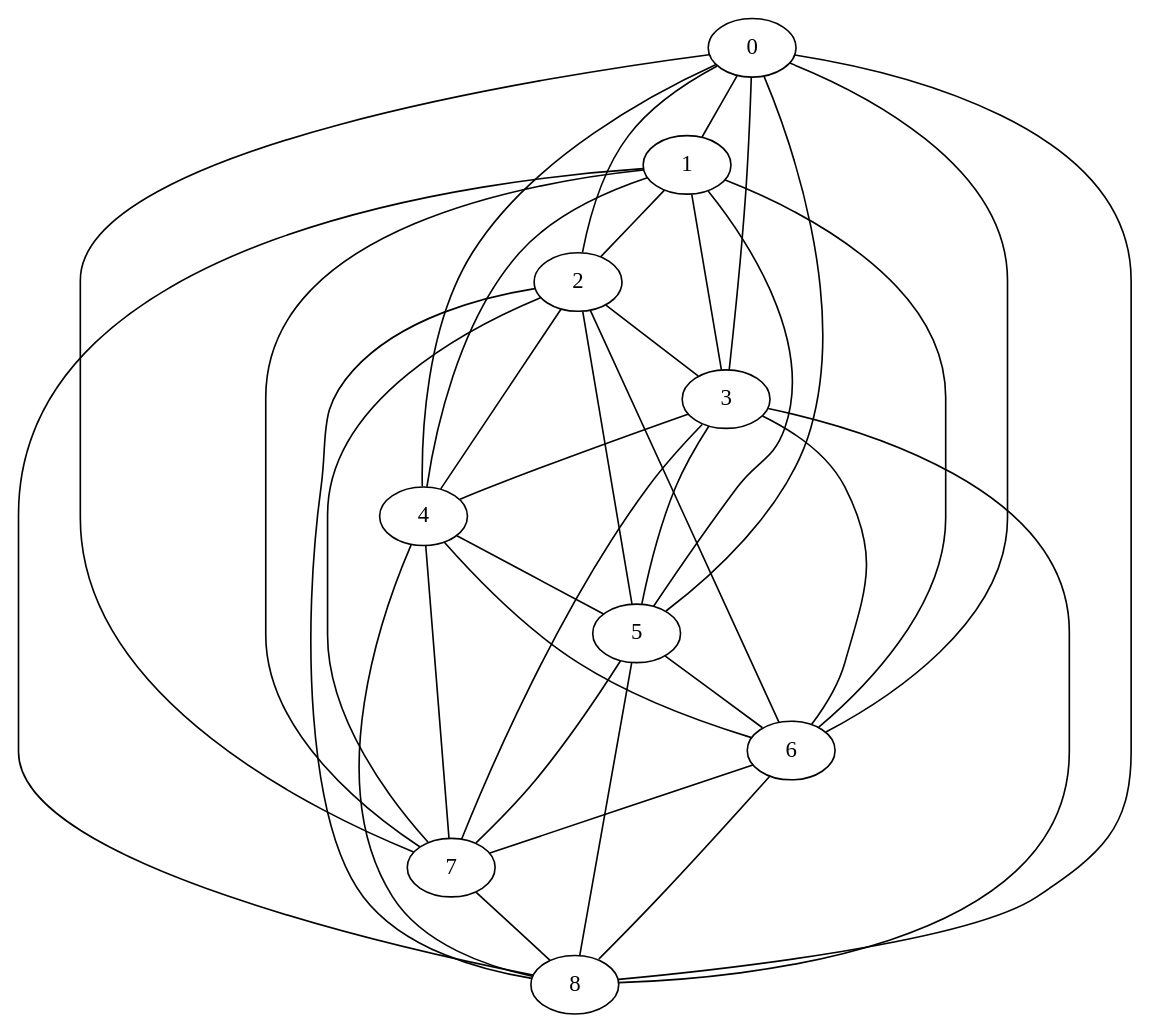
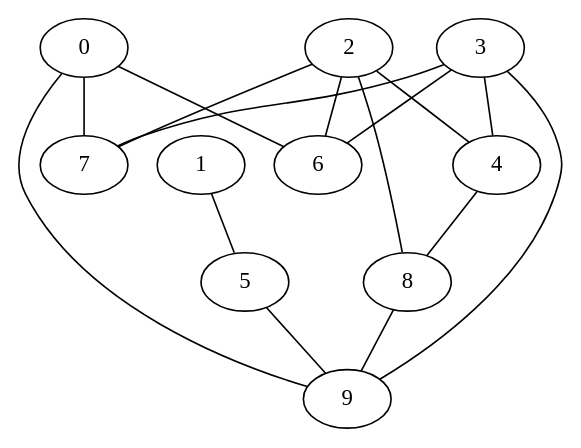
Before and after one commit to dxkkxn/univ-tln: the diagram in L3/S5/I51-Algorithmique-des-graphes/data/test.dot, drawn with Graphviz. The commit also changed 11 other files, not shown here.

```diff
--- a/L3/S5/I51-Algorithmique-des-graphes/data/test.dot
+++ b/L3/S5/I51-Algorithmique-des-graphes/data/test.dot
@@ -1,47 +1,27 @@
 graph { 
 0;
-0--1;
-0--2;
-0--3;
-0--4;
-0--5;
 0--6;
 0--7;
-0--8;
+0--9;
 1;
-1--2;
-1--3;
-1--4;
 1--5;
-1--6;
-1--7;
-1--8;
 2;
-2--3;
 2--4;
-2--5;
 2--6;
 2--7;
 2--8;
 3;
 3--4;
-3--5;
 3--6;
 3--7;
-3--8;
+3--9;
 4;
-4--5;
-4--6;
-4--7;
 4--8;
 5;
-5--6;
-5--7;
-5--8;
+5--9;
 6;
-6--7;
-6--8;
 7;
-7--8;
 8;
+8--9;
+9;
 }
```
